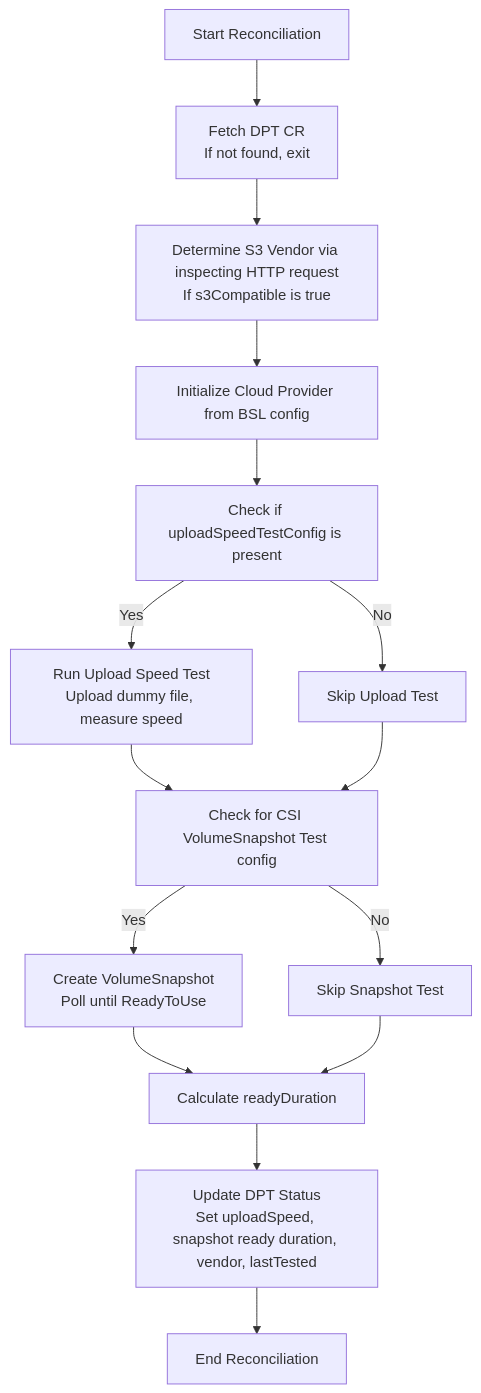
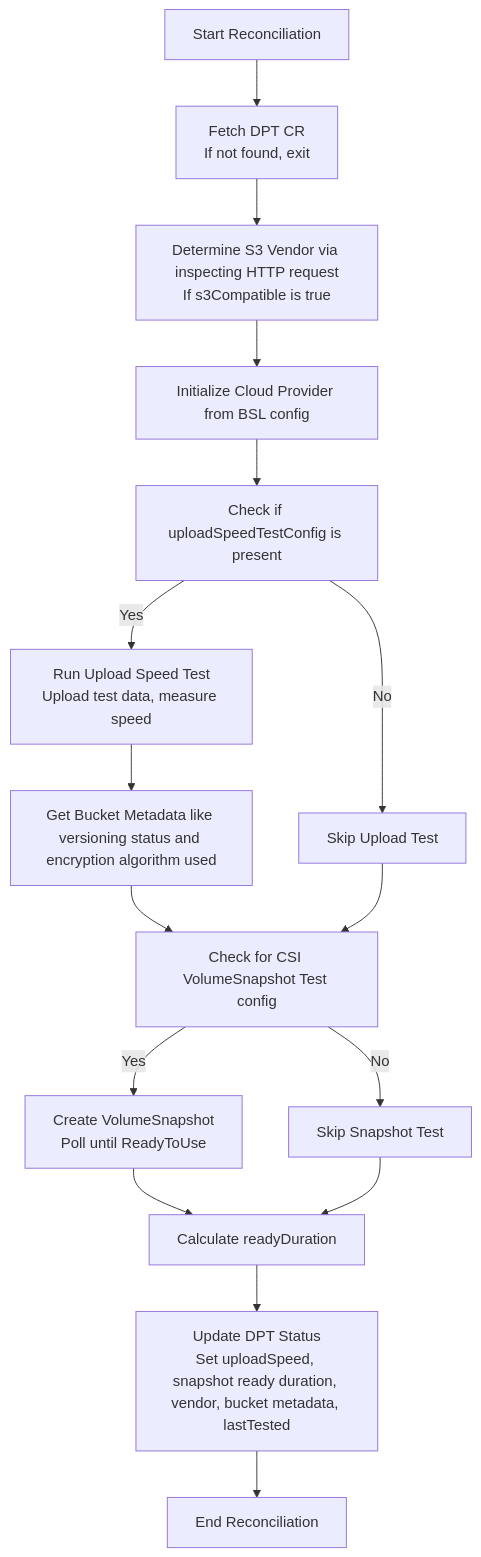
The diagram in docs/design/data-protection-test.md (openshift/oadp-operator), drawn with Mermaid before and after one commit. The commit also changed other lines of this file, not shown here.

Commit message:
add duration, bucket metadata support: encyrption and versioning status

````diff
--- a/docs/design/data-protection-test.md
+++ b/docs/design/data-protection-test.md
@@ -187,18 +213,19 @@
 ```mermaid
 flowchart TD
   A[Start Reconciliation] --> B[Fetch DPT CR<br/>If not found, exit]
   B --> C[Determine S3 Vendor via inspecting HTTP request<br/>If s3Compatible is true]
   C --> D[Initialize Cloud Provider from BSL config]
   D --> E[Check if uploadSpeedTestConfig is present]
-  E -->|Yes| F[Run Upload Speed Test<br/>Upload dummy file, measure speed]
+  E -->|Yes| F[Run Upload Speed Test<br/>Upload test data, measure speed]
+  F --> FF[Get Bucket Metadata like versioning status and encryption algorithm used] 
   E -->|No| G[Skip Upload Test]
-  F --> H
+  FF --> H
   G --> H
   H[Check for CSI VolumeSnapshot Test config] -->|Yes| I[Create VolumeSnapshot<br/>Poll until ReadyToUse]
   H -->|No| J[Skip Snapshot Test]
   I --> K[Calculate readyDuration]
   J --> K
-  K --> L[Update DPT Status<br/>Set uploadSpeed, snapshot ready duration, vendor, lastTested]
+  K --> L[Update DPT Status<br/>Set uploadSpeed, snapshot ready duration, vendor, bucket metadata, lastTested]
   L --> M[End Reconciliation]
 
 ```
````
